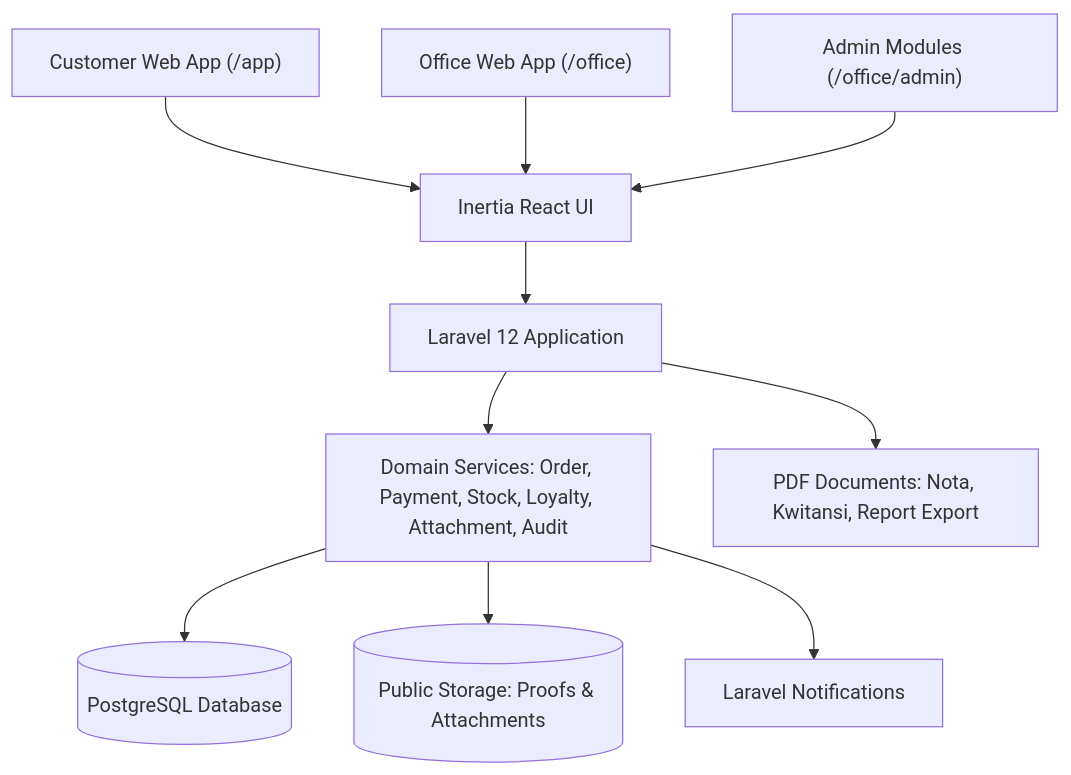
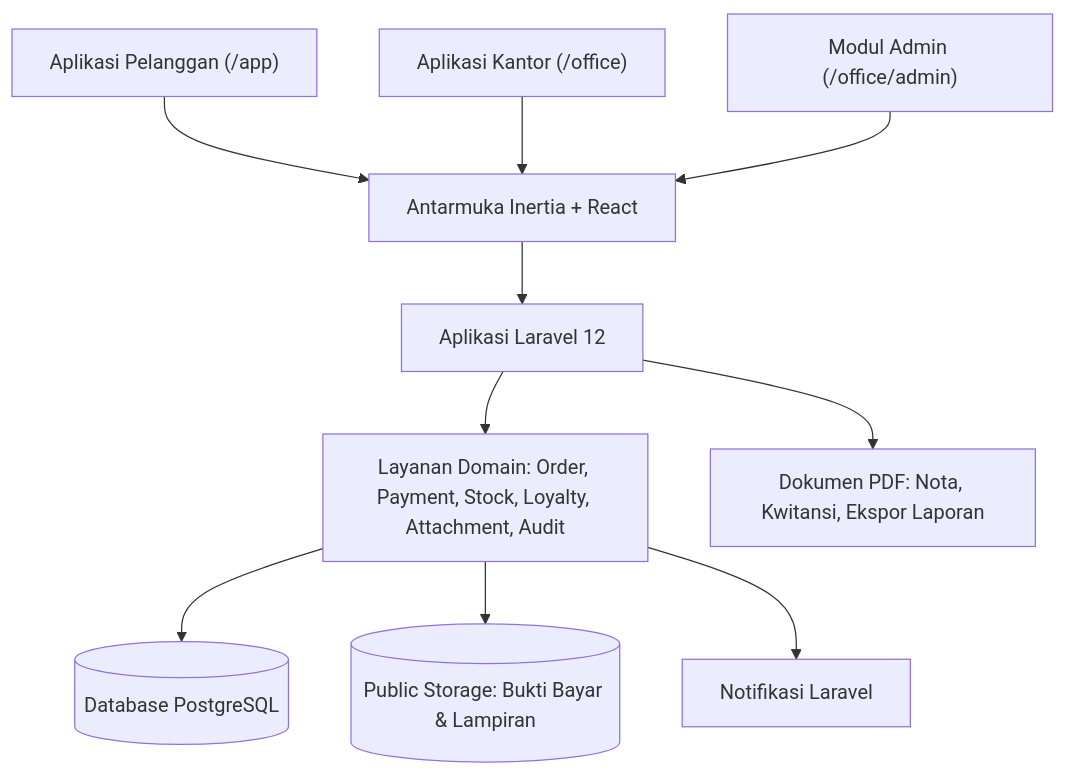
One commit to nabiilnuryassar/djaitin changed the second of 13 diagrams in docs/MVP-APP-UML-AND-USE-CASES.md. Above: the diagram before and after it, drawn with Mermaid. The commit also changed other lines of this file, not shown here.

Commit message:
update: UML

````diff
--- a/docs/MVP-APP-UML-AND-USE-CASES.md
+++ b/docs/MVP-APP-UML-AND-USE-CASES.md
@@ -187,24 +190,24 @@
 ```mermaid
 flowchart TB
-    Customer["Customer Web App (/app)"]
-    Office["Office Web App (/office)"]
-    Admin["Admin Modules (/office/admin)"]
+    Pelanggan["Aplikasi Pelanggan (/app)"]
+    Kantor["Aplikasi Kantor (/office)"]
+    Admin["Modul Admin (/office/admin)"]
 
-    Inertia["Inertia React UI"]
-    Laravel["Laravel 12 Application"]
-    Services["Domain Services: Order, Payment, Stock, Loyalty, Attachment, Audit"]
-    DB[("PostgreSQL Database")]
-    Storage[("Public Storage: Proofs & Attachments")]
-    Notification["Laravel Notifications"]
-    PDF["PDF Documents: Nota, Kwitansi, Report Export"]
+    Inertia["Antarmuka Inertia + React"]
+    Laravel["Aplikasi Laravel 12"]
+    Layanan["Layanan Domain: Order, Payment, Stock, Loyalty, Attachment, Audit"]
+    DB[("Database PostgreSQL")]
+    Storage[("Public Storage: Bukti Bayar & Lampiran")]
+    Notifikasi["Notifikasi Laravel"]
+    PDF["Dokumen PDF: Nota, Kwitansi, Ekspor Laporan"]
 
-    Customer --> Inertia
-    Office --> Inertia
+    Pelanggan --> Inertia
+    Kantor --> Inertia
     Admin --> Inertia
     Inertia --> Laravel
-    Laravel --> Services
-    Services --> DB
-    Services --> Storage
-    Services --> Notification
+    Laravel --> Layanan
+    Layanan --> DB
+    Layanan --> Storage
+    Layanan --> Notifikasi
     Laravel --> PDF
 ```
````
